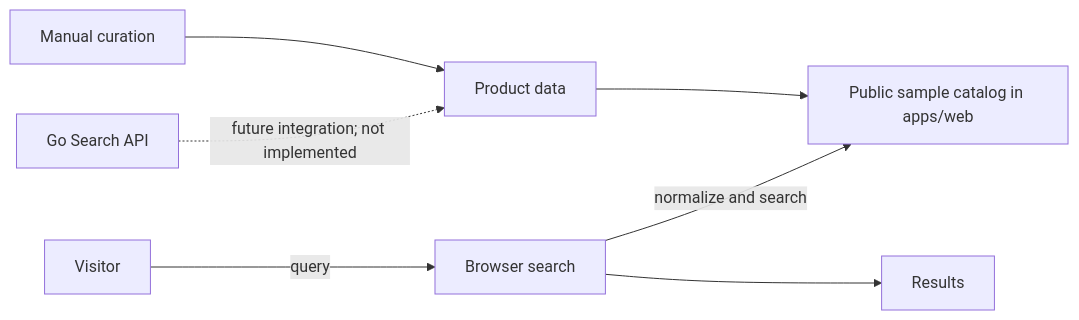
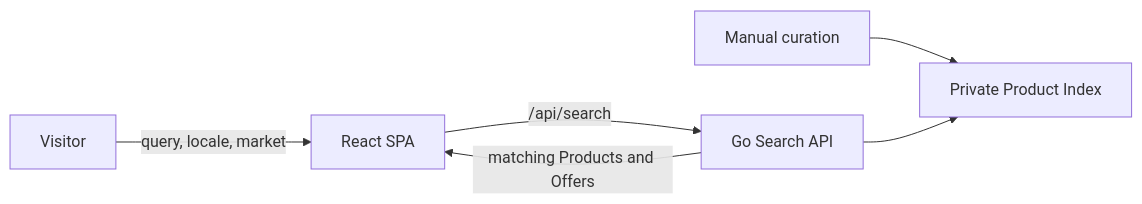
The second of 2 diagrams in README.md (iskWang/taiwanhaul), drawn with Mermaid before and after one commit. The commit also changed other lines of this file and 16 other files, not shown here.

````diff
--- a/README.md
+++ b/README.md
@@ -19,9 +19,8 @@
 ```mermaid
 flowchart LR
-  Curator["Manual curation"] --> Index["Product data"]
-  Index --> Sample["Public sample catalog in apps/web"]
-  Visitor -->|"query"| Browser["Browser search"]
-  Browser -->|"normalize and search"| Sample
-  Browser --> Results["Results"]
-  SearchAPI["Go Search API"] -. "future integration; not implemented" .-> Index
+  Curator["Manual curation"] --> Index["Private Product Index"]
+  Visitor -->|"query, locale, market"| Browser["React SPA"]
+  Browser -->|"/api/search"| SearchAPI["Go Search API"]
+  SearchAPI -->|"matching Products and Offers"| Browser
+  SearchAPI --> Index
 ```
````
